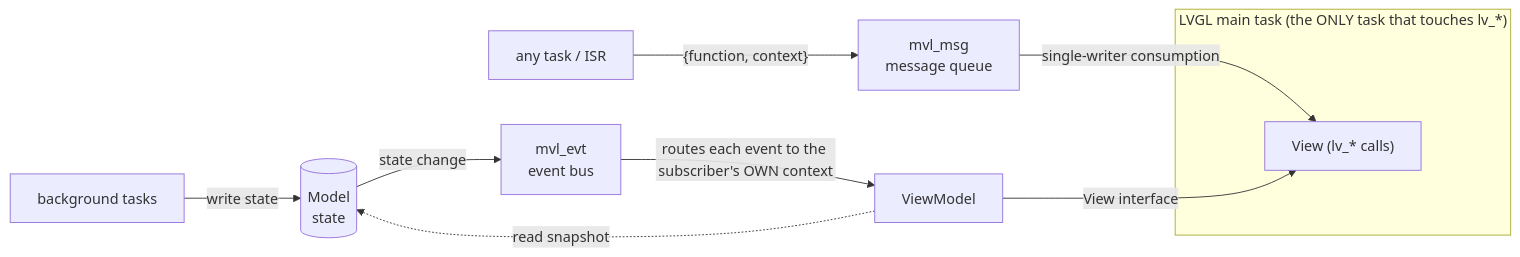
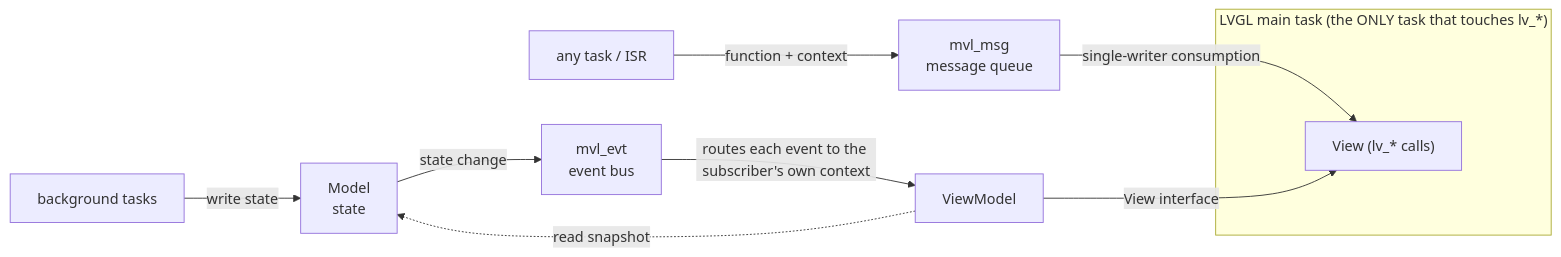
One commit to smallerxuan/mvl changed the diagram in README.md. Above: the diagram before and after it, drawn with Mermaid. The commit also changed 1 other file, not shown here.

Commit message:
docs(readme): 架构图改用 GitHub 兼容的 mermaid 语法
GitHub 的 mermaid 渲染管线对边标签中的花括号 {function, context}
和体育场形节点 [( )] 内的 <br/> 支持不稳，报 Unable to render
rich display。改为管道式边标签 + 矩形节点（与 docs/design/design.md
已有图一致），经 mermaid.ink 渲染验证通过。

````diff
--- a/README.md
+++ b/README.md
@@ -11,14 +11,14 @@
 ```mermaid
 flowchart LR
     subgraph L["LVGL main task (the ONLY task that touches lv_*)"]
         V["View (lv_* calls)"]
     end
 
-    T["any task / ISR"] -- "{function, context}" --> MSG["mvl_msg<br/>message queue"]
-    MSG -- "single-writer consumption" --> V
-    B["background tasks"] -- "write state" --> M[("Model<br/>state")]
-    M -- "state change" --> EVT["mvl_evt<br/>event bus"]
-    EVT -- "routes each event to the subscriber's OWN context" --> VM["ViewModel"]
-    VM -. "read snapshot" .-> M
-    VM -- "View interface" --> V
+    T["any task / ISR"] -->|"function + context"| MSG["mvl_msg<br/>message queue"]
+    MSG -->|"single-writer consumption"| V
+    B["background tasks"] -->|"write state"| M["Model<br/>state"]
+    M -->|"state change"| EVT["mvl_evt<br/>event bus"]
+    EVT -->|"routes each event to the subscriber's own context"| VM["ViewModel"]
+    VM -.->|"read snapshot"| M
+    VM -->|"View interface"| V
 ```
````
